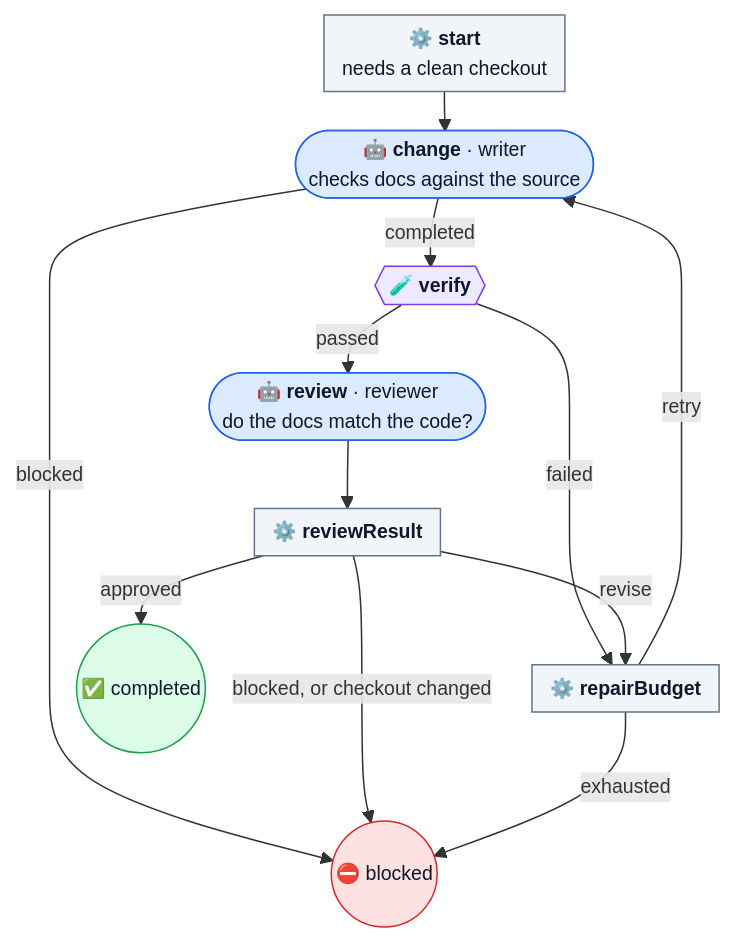
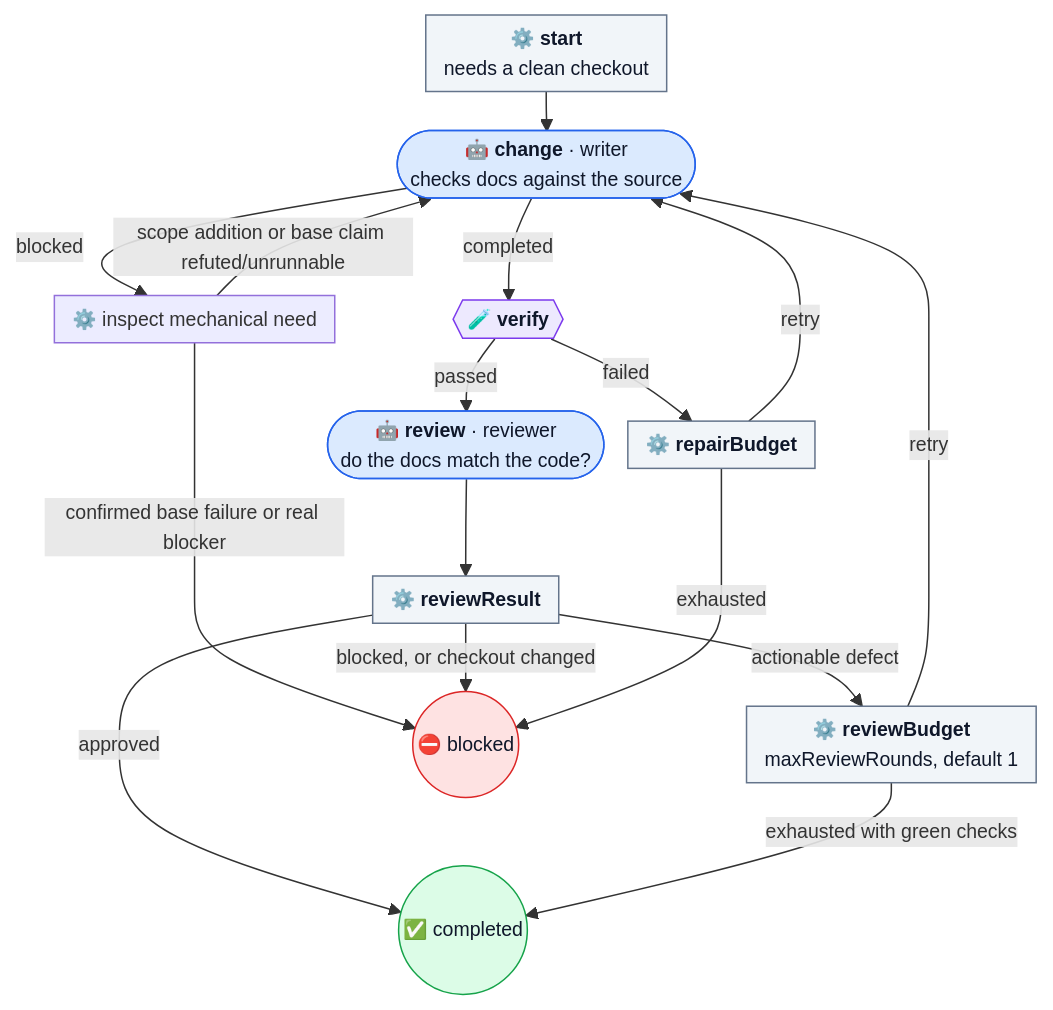
The diagram in docs/workflows/update-docs.md (dna113p/machine-shop), drawn with Mermaid before and after one commit. The commit also changed other lines of this file and 15 other files, not shown here.

First line of the commit message:
The editing defaults keep one advisory review, run focused tests themselves, and never stop on a mechanical block (#41)

````diff
--- a/docs/workflows/update-docs.md
+++ b/docs/workflows/update-docs.md
@@ -67,34 +97,39 @@
 ```mermaid
 %%{init: {"themeVariables": {"fontSize": "13px"}, "flowchart": {"nodeSpacing": 16, "rankSpacing": 26, "padding": 6, "diagramPadding": 4}}}%%
 flowchart TD
   start["⚙️ <b>start</b><br/>needs a clean checkout"]
   change(["🤖 <b>change</b> · writer<br/>checks docs against the source"])
   verify{{"🧪 <b>verify</b>"}}
   review(["🤖 <b>review</b> · reviewer<br/>do the docs match the code?"])
   result["⚙️ <b>reviewResult</b>"]
   budget["⚙️ <b>repairBudget</b>"]
+  reviews["⚙️ <b>reviewBudget</b><br/>maxReviewRounds, default 1"]
   done(("✅ completed"))
   blocked(("⛔ blocked"))
 
   start --> change
   change -->|completed| verify
-  change -->|blocked| blocked
+  change -->|blocked| changeBlock["⚙️ inspect mechanical need"]
+  changeBlock -->|scope addition or base claim refuted/unrunnable| change
+  changeBlock -->|confirmed base failure or real blocker| blocked
   verify -->|passed| review --> result
   verify -->|failed| budget
   result -->|approved| done
-  result -->|revise| budget
+  result -->|actionable defect| reviews
+  reviews -->|retry| change
+  reviews -->|exhausted with green checks| done
   result -->|"blocked, or checkout changed"| blocked
   budget -->|retry| change
   budget -->|exhausted| blocked
 
   classDef agent fill:#dbeafe,stroke:#2563eb,color:#0f172a
   classDef op fill:#f1f5f9,stroke:#64748b,color:#0f172a
   classDef gate fill:#ede9fe,stroke:#7c3aed,color:#0f172a
   classDef good fill:#dcfce7,stroke:#16a34a,color:#0f172a
   classDef bad fill:#fee2e2,stroke:#dc2626,color:#0f172a
   class change,review agent
-  class start,result,budget op
+  class start,result,budget,reviews op
   class verify gate
   class done good
   class blocked bad
 ```
````
